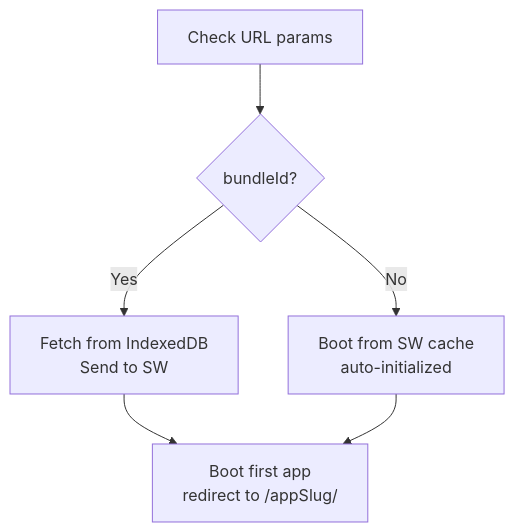
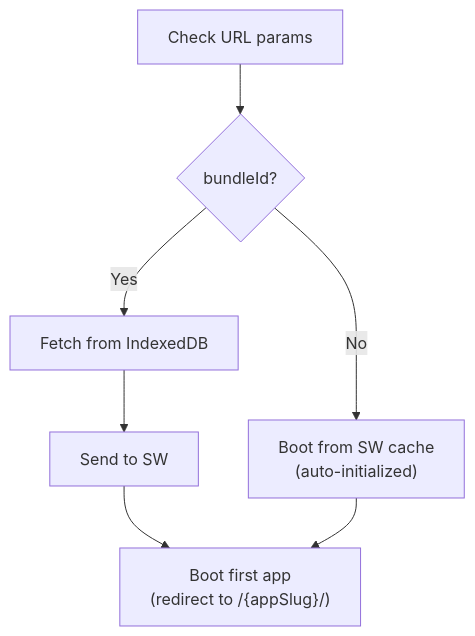
The second of 6 diagrams in packages/launcher/docs/architecture.md (tonk-labs/tonk), drawn with Mermaid before and after one commit. The commit also changed other lines of this file, not shown here.

Commit message:
fix(docs): update architecture doc with @ jackddouglas changes

````diff
--- a/packages/launcher/docs/architecture.md
+++ b/packages/launcher/docs/architecture.md
@@ -79,8 +80,9 @@
 ```mermaid
 flowchart TD
-    A[Check URL params] --> B{bundleId?}
-    B -->|Yes| C[Fetch from IndexedDB<br/>Send to SW]
-    B -->|No| D[Boot from SW cache<br/>auto-initialized]
-    C --> E[Boot first app<br/>redirect to /appSlug/]
-    D --> E
+    A["Check URL params"] --> B{"bundleId?"}
+    B -->|Yes| C["Fetch from IndexedDB"]
+    C --> D["Send to SW"]
+    B -->|No| E["Boot from SW cache<br/>(auto-initialized)"]
+    D --> F["Boot first app<br/>(redirect to /{appSlug}/)"]
+    E --> F
 ```
````
